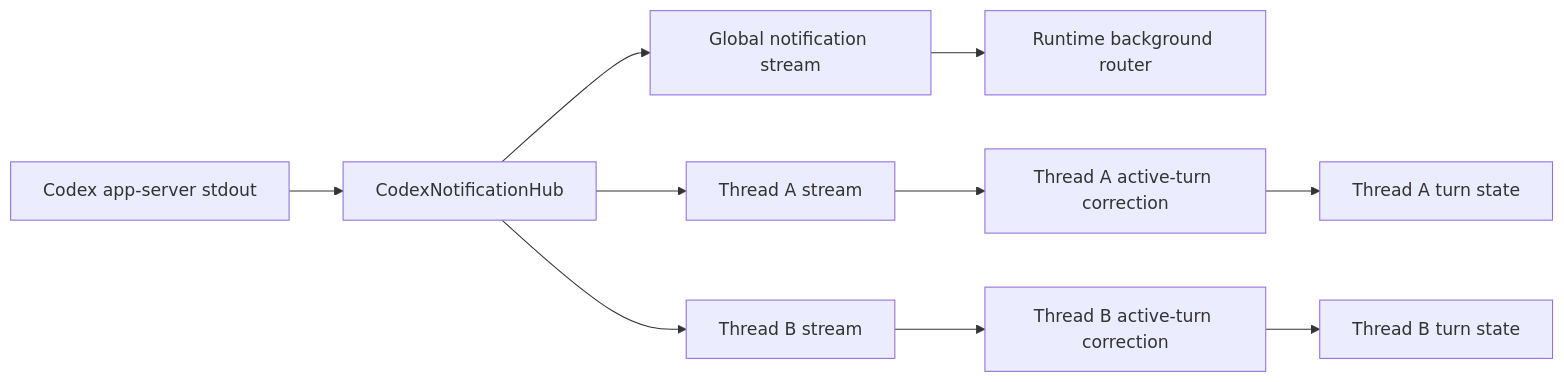
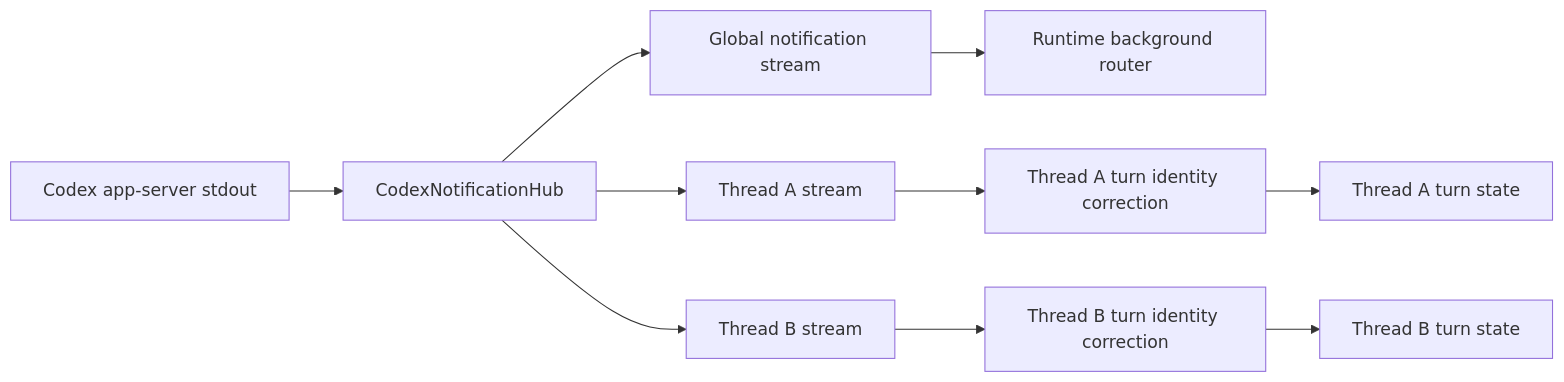
The first of 2 diagrams in docs/architecture/codex-notification-routing.md (wecode-ai/wegent-docs), drawn with Mermaid before and after one commit. The commit also changed other lines of this file and 7 other files, not shown here.

````diff
--- a/docs/architecture/codex-notification-routing.md
+++ b/docs/architecture/codex-notification-routing.md
@@ -13,12 +13,12 @@
 ```mermaid
 flowchart LR
     A[Codex app-server stdout] --> B[CodexNotificationHub]
     B --> C[Global notification stream]
     B --> D1[Thread A stream]
     B --> D2[Thread B stream]
     C --> E[Runtime background router]
-    D1 --> F1[Thread A active-turn correction]
-    D2 --> F2[Thread B active-turn correction]
+    D1 --> F1[Thread A turn identity correction]
+    D2 --> F2[Thread B turn identity correction]
     F1 --> G1[Thread A turn state]
     F2 --> G2[Thread B turn state]
 ```
````
